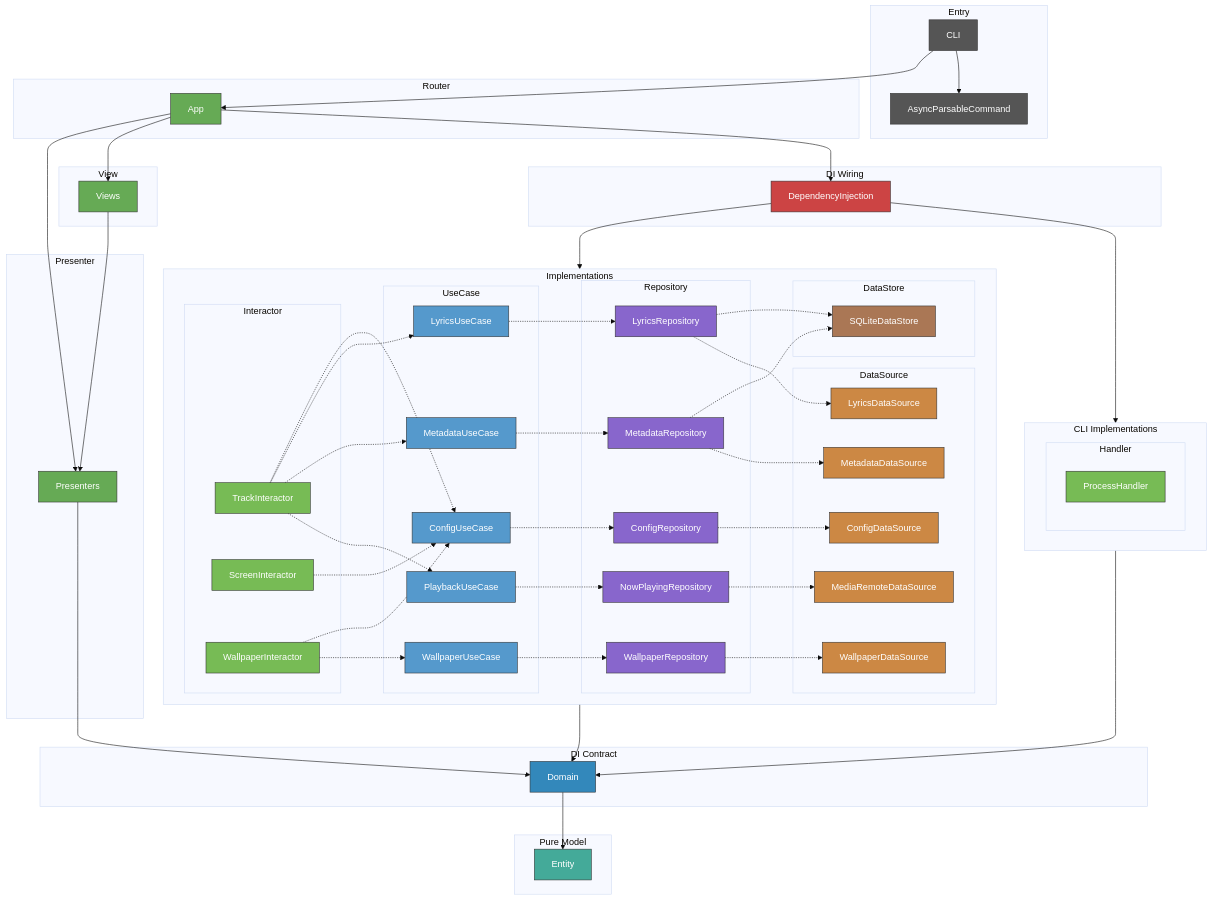
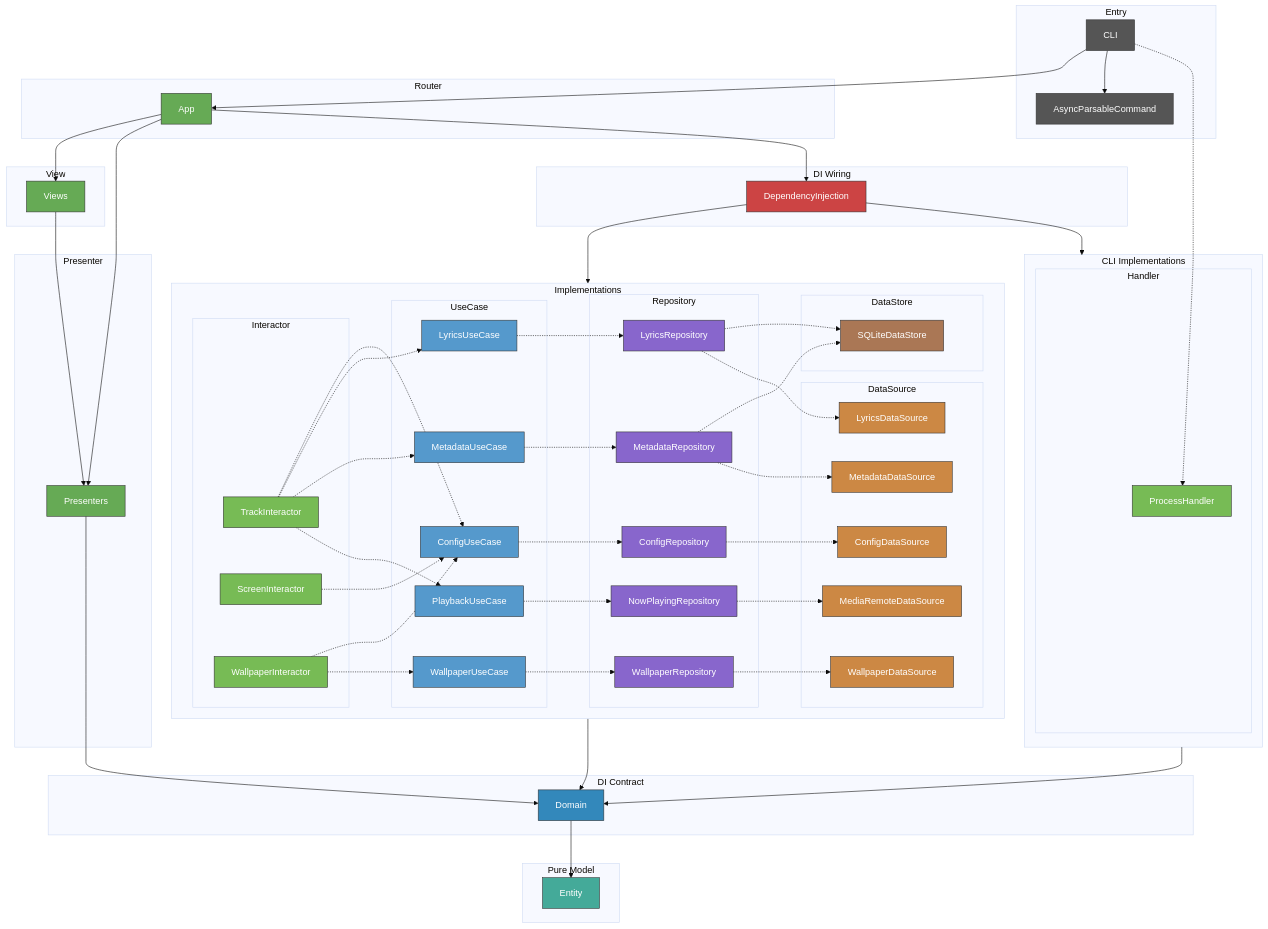
One commit to GeneralD/backdrop changed the diagram in .claude/CLAUDE.md. Above: the diagram before and after it, drawn with Mermaid (base theme).

Commit message:
docs: add CLI to ProcessHandler dependency arrow

```diff
--- a/.claude/CLAUDE.md
+++ b/.claude/CLAUDE.md
@@ -118,6 +118,7 @@
     WallpaperUseCase -.-> WallpaperRepository
     WallpaperRepository -.-> WallpaperDataSource
 
+    CLI -.-> ProcessHandler
     CLIImplementations --> Domain
 
     style ProcessHandler fill:#7b5,stroke:#333,color:#fff
```
